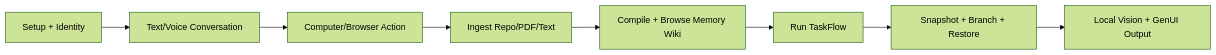
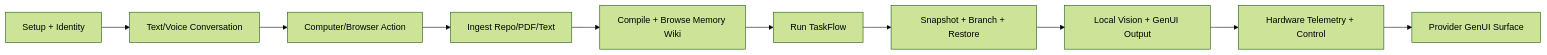
One commit to Spatial-AgenticOS/ASOS changed the fourth of 4 diagrams in README.md. Above: the diagram before and after it, drawn with Mermaid (forest theme). The commit also changed other lines of this file and 22 other files, not shown here.

First line of the commit message:
feat: 3-tier install system, setup flow fixes, and platform docs

````diff
--- a/README.md
+++ b/README.md
@@ -254,10 +345,12 @@
 ```mermaid
 flowchart LR
   setup[Setup + Identity] --> conversation[Text/Voice Conversation]
   conversation --> action[Computer/Browser Action]
   action --> ingest[Ingest Repo/PDF/Text]
   ingest --> wiki[Compile + Browse Memory Wiki]
   wiki --> taskflow[Run TaskFlow]
   taskflow --> branch[Snapshot + Branch + Restore]
   branch --> vision[Local Vision + GenUI Output]
+  vision --> hardware[Hardware Telemetry + Control]
+  hardware --> provider[Provider GenUI Surface]
 ```
````
